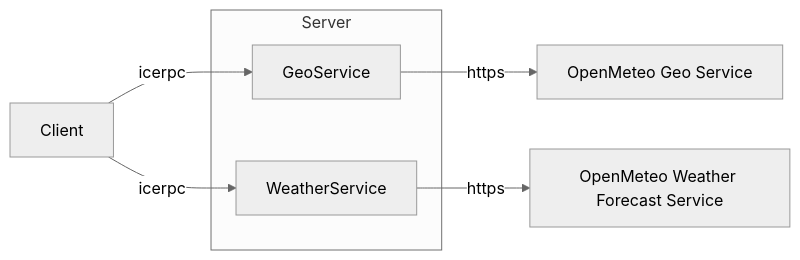
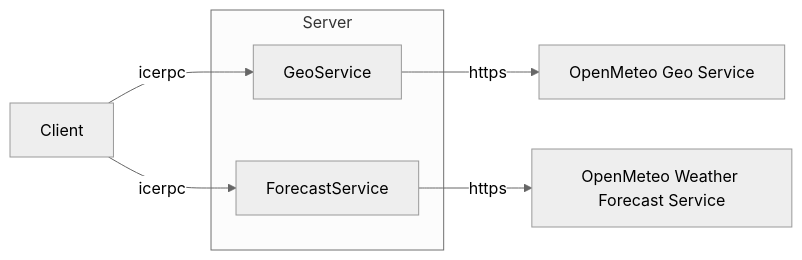
The diagram in examples/json/CurrentWeather/README.md (icerpc/icerpc-csharp), drawn with Mermaid (neutral theme) before and after one commit.

Commit message:
Renaming in README

````diff
--- a/examples/json/CurrentWeather/README.md
+++ b/examples/json/CurrentWeather/README.md
@@ -11,12 +11,12 @@
 ```mermaid
 flowchart LR
     subgraph Server
        GeoService
-       WeatherService
+       ForecastService
     end
 
     Client -- icerpc --> GeoService
-    Client -- icerpc --> WeatherService
+    Client -- icerpc --> ForecastService
     GeoService -- https --> OpenGeo[OpenMeteo Geo Service]
-    WeatherService -- https --> OpenWeather[OpenMeteo Weather Forecast Service]
+    ForecastService -- https --> OpenWeather[OpenMeteo Weather Forecast Service]
 ```
````
